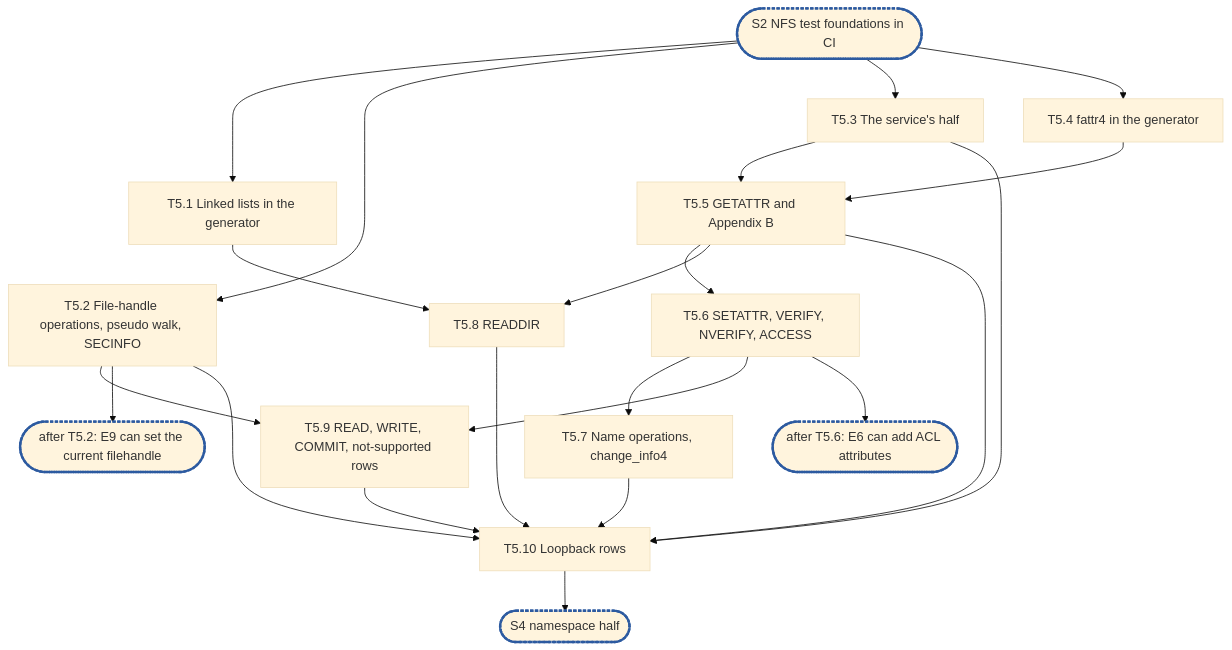
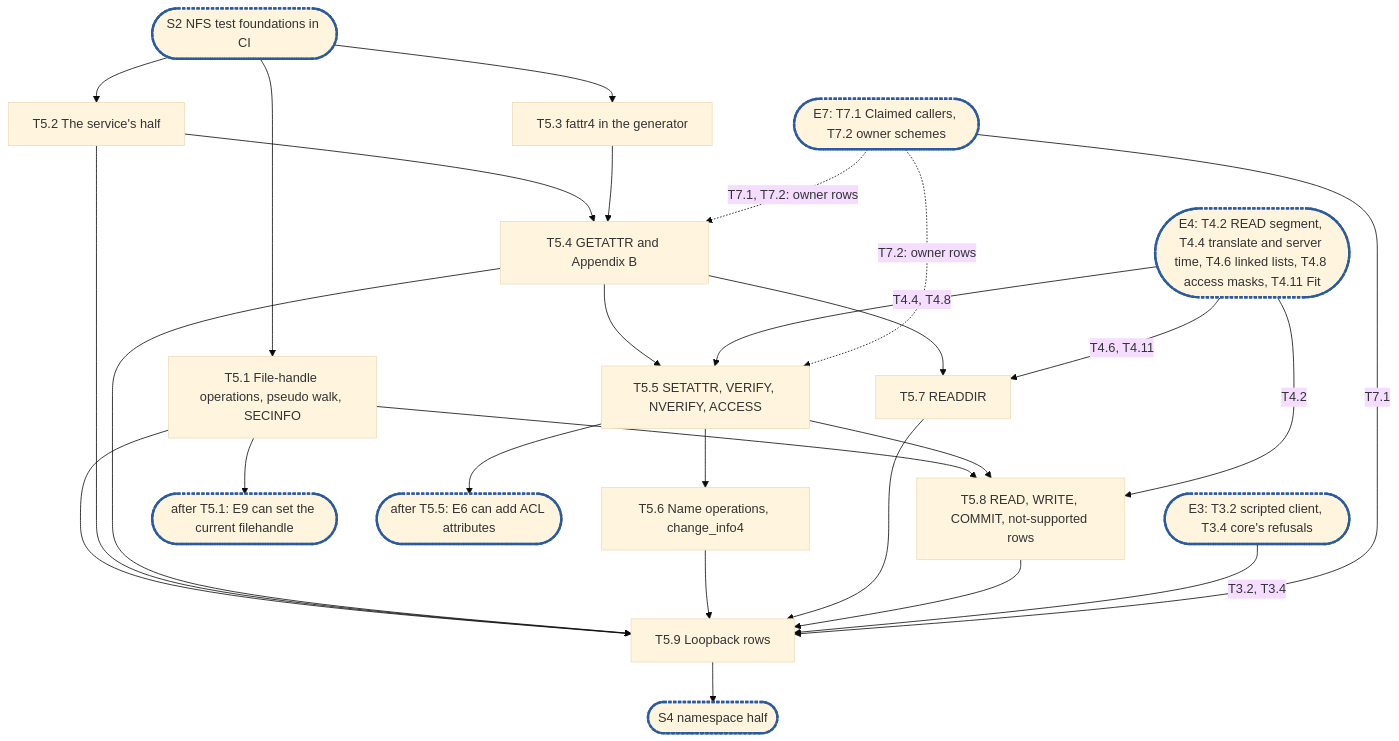
The diagram in .planning/rfc-21-nfs-epic5.md (cubbit/dittofs), drawn with Mermaid (base theme) before and after one commit. The commit also changed other lines of this file, not shown here.

````diff
--- a/.planning/rfc-21-nfs-epic5.md
+++ b/.planning/rfc-21-nfs-epic5.md
@@ -825,18 +814,27 @@
 ```mermaid
 flowchart TD
   S2(["S2 NFS test foundations in CI"]):::sync
-  S2 --> T5_1["T5.1 Linked lists in the generator"]
-  S2 --> T5_2["T5.2 File-handle operations, pseudo walk, SECINFO"]
-  S2 --> T5_3["T5.3 The service's half"]
-  S2 --> T5_4["T5.4 fattr4 in the generator"]
-  T5_3 & T5_4 --> T5_5["T5.5 GETATTR and Appendix B"]
-  T5_5 --> T5_6["T5.6 SETATTR, VERIFY, NVERIFY, ACCESS"]
-  T5_6 --> T5_7["T5.7 Name operations, change_info4"]
-  T5_1 & T5_5 --> T5_8["T5.8 READDIR"]
-  T5_2 & T5_6 --> T5_9["T5.9 READ, WRITE, COMMIT, not-supported rows"]
-  T5_2 --> C1(["after T5.2: E9 can set the current filehandle"]):::sync
-  T5_6 --> C2(["after T5.6: E6 can add ACL attributes"]):::sync
-  T5_2 & T5_3 & T5_5 & T5_7 & T5_8 & T5_9 --> T5_10["T5.10 Loopback rows"]
-  T5_10 --> S4(["S4 namespace half"]):::sync
+  E4(["E4: T4.2 READ segment, T4.4 translate and server time, T4.6 linked lists, T4.8 access masks, T4.11 Fit"]):::sync
+  E3(["E3: T3.2 scripted client, T3.4 core's refusals"]):::sync
+  E7(["E7: T7.1 Claimed callers, T7.2 owner schemes"]):::sync
+  S2 --> T5_1["T5.1 File-handle operations, pseudo walk, SECINFO"]
+  S2 --> T5_2["T5.2 The service's half"]
+  S2 --> T5_3["T5.3 fattr4 in the generator"]
+  T5_2 & T5_3 --> T5_4["T5.4 GETATTR and Appendix B"]
+  E7 -. "T7.1, T7.2: owner rows" .-> T5_4
+  T5_4 --> T5_5["T5.5 SETATTR, VERIFY, NVERIFY, ACCESS"]
+  E4 -- "T4.4, T4.8" --> T5_5
+  E7 -. "T7.2: owner rows" .-> T5_5
+  T5_5 --> T5_6["T5.6 Name operations, change_info4"]
+  T5_4 --> T5_7["T5.7 READDIR"]
+  E4 -- "T4.6, T4.11" --> T5_7
+  T5_1 & T5_5 --> T5_8["T5.8 READ, WRITE, COMMIT, not-supported rows"]
+  E4 -- "T4.2" --> T5_8
+  T5_1 --> C1(["after T5.1: E9 can set the current filehandle"]):::sync
+  T5_5 --> C2(["after T5.5: E6 can add ACL attributes"]):::sync
+  T5_1 & T5_2 & T5_4 & T5_6 & T5_7 & T5_8 --> T5_9["T5.9 Loopback rows"]
+  E3 -- "T3.2, T3.4" --> T5_9
+  E7 -- "T7.1" --> T5_9
+  T5_9 --> S4(["S4 namespace half"]):::sync
   classDef sync stroke:#2c5aa0,stroke-width:3px,stroke-dasharray:4 2
 ```
````
